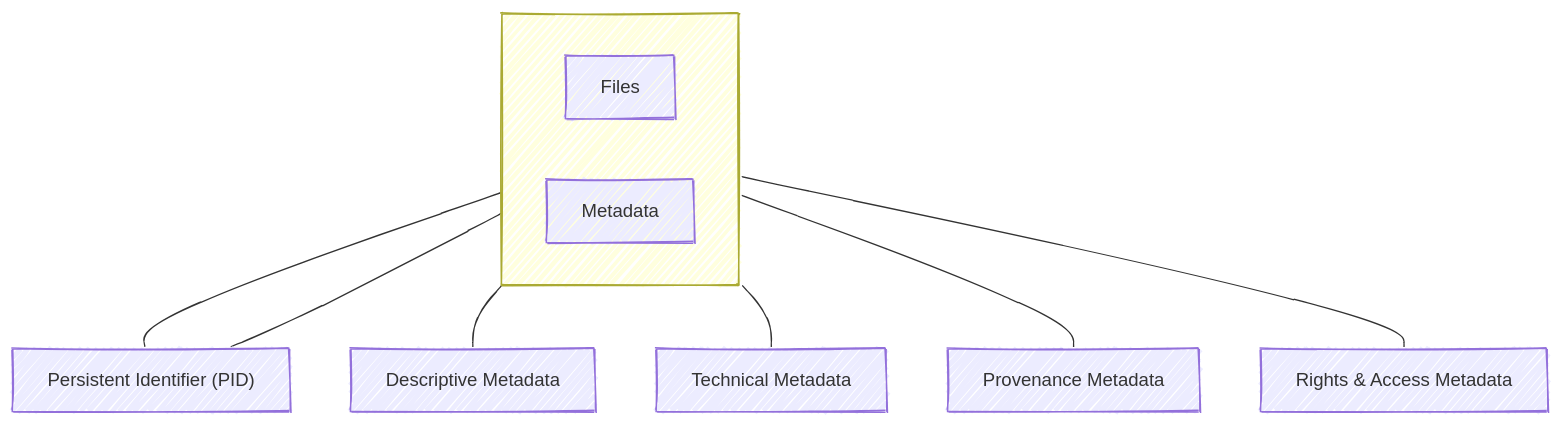
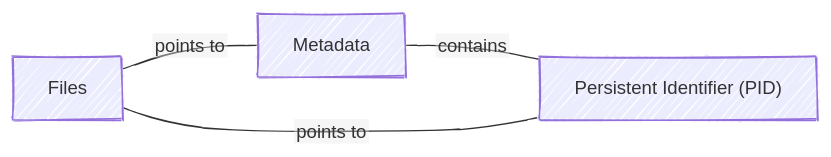
Before and after one commit to chStaiger/rdm-fundamentals: the second of 4 diagrams in book/digital-object.qmd, drawn with Mermaid. The commit also changed other lines of this file, not shown here.

````diff
--- a/book/digital-object.qmd
+++ b/book/digital-object.qmd
@@ -43,38 +48,20 @@
 ```{mermaid}
-%%| label: parts
-%%| fig-cap: The Digital Object
+%%| label: implementation1
+%%| fig-cap: PID points to a file which contains or points to the metadata.
 %%| fig-align: center
 %%{init: {
   "look": "handDrawn",
   "flowchart": { "htmlLabels": false }
 }}%%
 
-flowchart TD
+flowchart LR
 
-    %% Top row grouped together
-    subgraph TOP[ ]
-        direction LR
-        F["Files"]
-        M["Metadata"]
-    end
-
-    %% Metadata subnodes (placed to the right of M)
-    MD["Descriptive Metadata"]
-    MT["Technical Metadata"]
-    MP["Provenance Metadata"]
-    MR["Rights & Access Metadata"]
-
-    %% Bottom node
+   	 F["Files"]
+     M["Metadata"]
+    
     P["Persistent Identifier (PID)"]
 
-    %% Triangle edges
-    F --- P
-    M --- P
-
-    %% Metadata connections (top-down ordering)
-    M --- MD
-    M --- MT
-    M --- MP
-    M --- MR
-
+    P --- |"points to"| F
+    F --- |"points to"| M
+    M --- |"contains"| P
 ```
````
